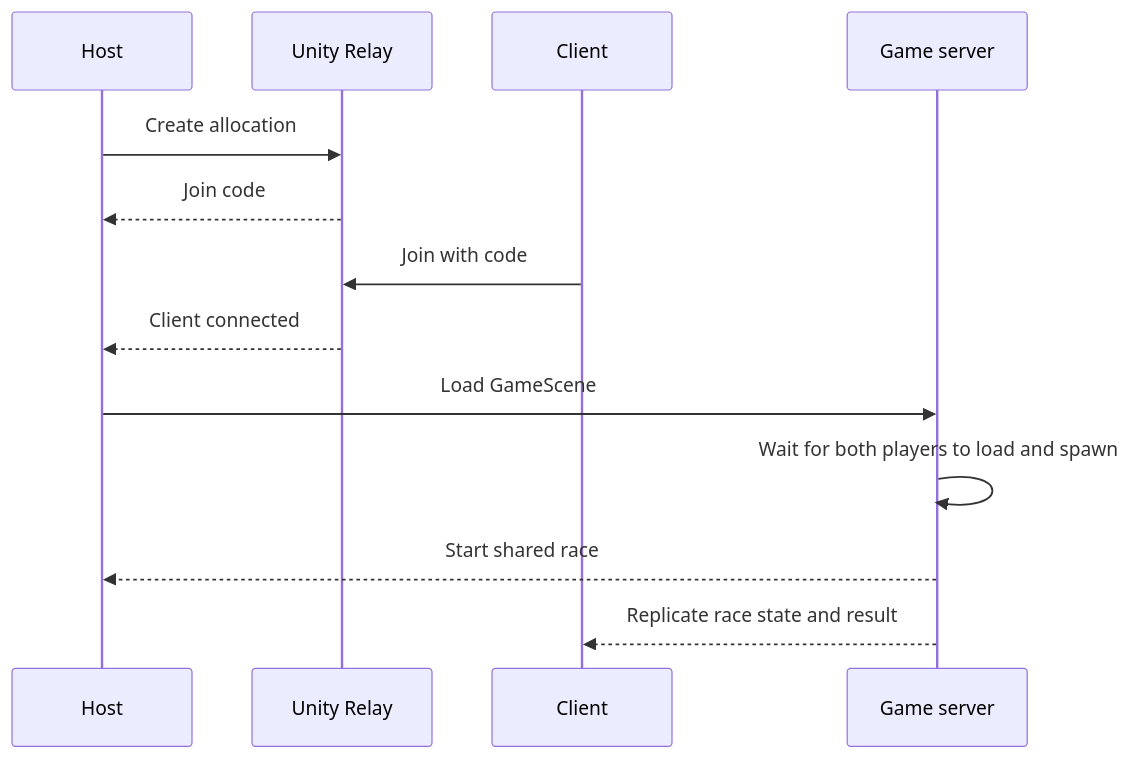
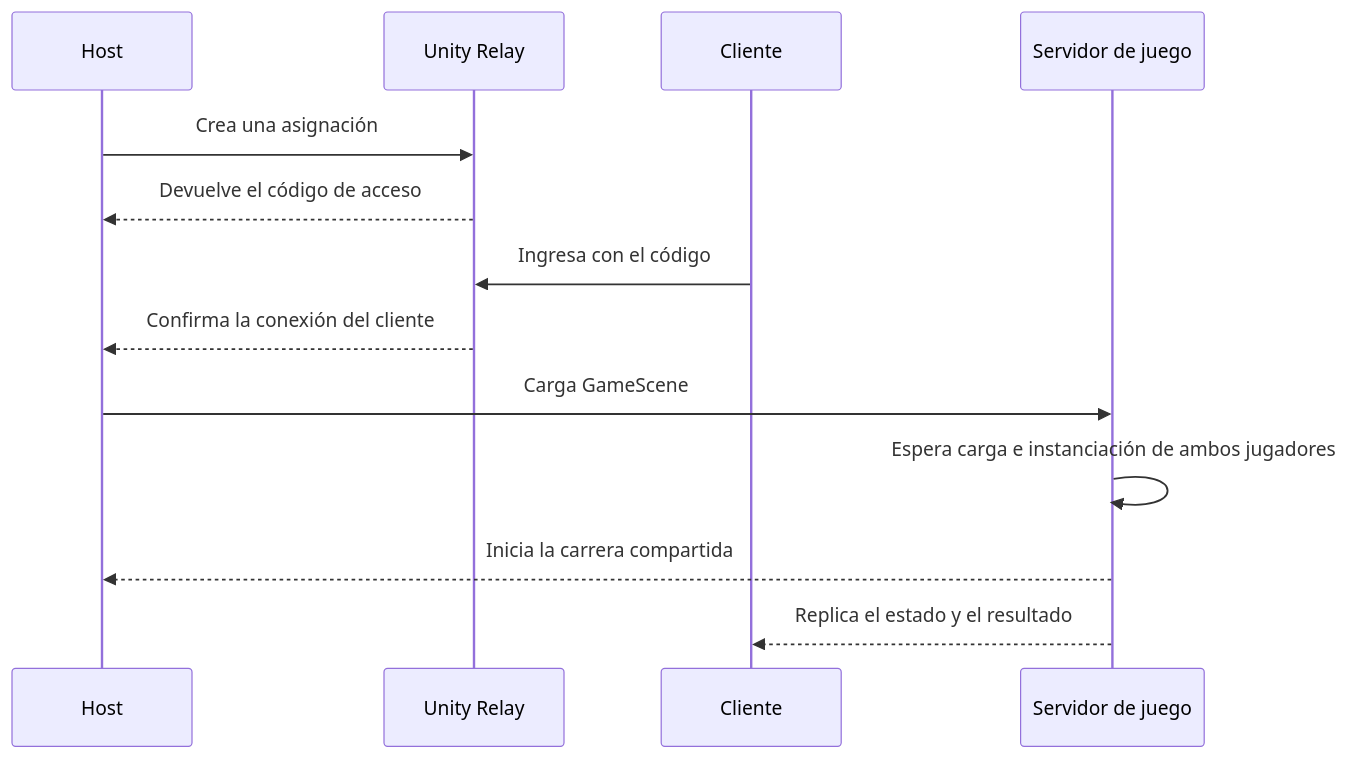
One commit to molinavtomas/lab-construccion-software-equipo-07 changed the diagram in README.md. Above: the diagram before and after it, drawn with Mermaid. The commit also changed other lines of this file and 3 other files, not shown here.

````diff
--- a/README.md
+++ b/README.md
@@ -58,16 +61,16 @@
 ```mermaid
 sequenceDiagram
     participant H as Host
     participant R as Unity Relay
-    participant C as Client
-    participant G as Game server
+    participant C as Cliente
+    participant G as Servidor de juego
 
-    H->>R: Create allocation
-    R-->>H: Join code
-    C->>R: Join with code
-    R-->>H: Client connected
-    H->>G: Load GameScene
-    G->>G: Wait for both players to load and spawn
-    G-->>H: Start shared race
-    G-->>C: Replicate race state and result
+    H->>R: Crea una asignación
+    R-->>H: Devuelve el código de acceso
+    C->>R: Ingresa con el código
+    R-->>H: Confirma la conexión del cliente
+    H->>G: Carga GameScene
+    G->>G: Espera carga e instanciación de ambos jugadores
+    G-->>H: Inicia la carrera compartida
+    G-->>C: Replica el estado y el resultado
 ```
````
